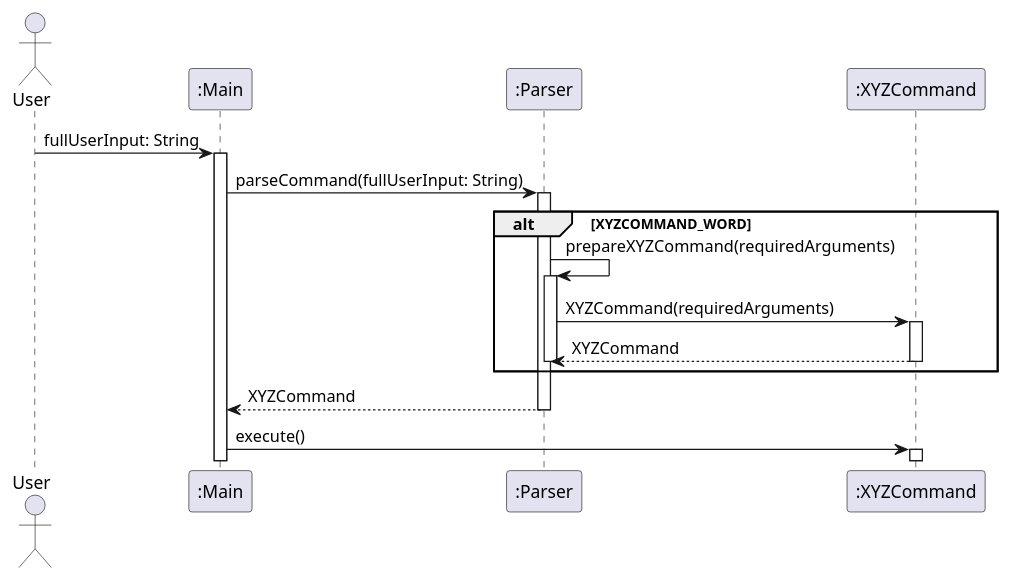
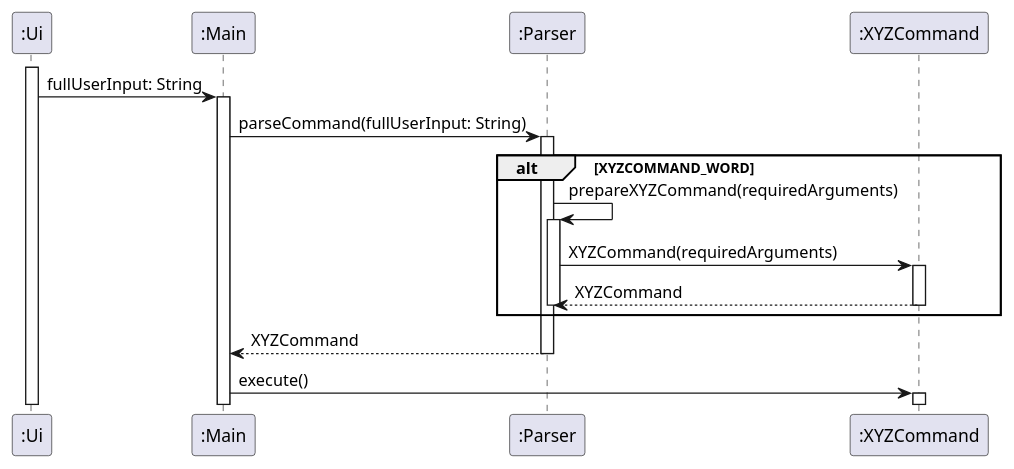
One commit to nus-cs2113-AY2324S1/tp changed the diagram in docs/diagrams/sequence/Parser.puml. Above: the diagram before and after it, drawn with PlantUML. The commit also changed 2 other files, not shown here.

Commit message:
Update DG parser sequence diagram

```diff
--- a/docs/diagrams/sequence/Parser.puml
+++ b/docs/diagrams/sequence/Parser.puml
@@ -1,28 +1,29 @@
 @startuml
 'https://plantuml.com/sequence-diagram
 
-actor User
+Participant ":Ui" as Ui
 Participant ":Main" as Main
 Participant ":Parser" as Parser
 Participant ":XYZCommand" as XYZCommand
 
-User -> Main: fullUserInput: String
+activate Ui
+Ui -> Main: fullUserInput: String
 activate Main
 Main -> Parser: parseCommand(fullUserInput: String)
 activate Parser
 
 alt XYZCOMMAND_WORD
 Parser -> Parser: prepareXYZCommand(requiredArguments)
 activate Parser
 Parser -> XYZCommand: XYZCommand(requiredArguments)
 activate XYZCommand
 XYZCommand --> Parser: XYZCommand
 deactivate XYZCommand
 deactivate Parser
 end alt
 
 Parser --> Main: XYZCommand
 deactivate Parser
 Main -> XYZCommand: execute()
 activate XYZCommand
 @enduml
```
